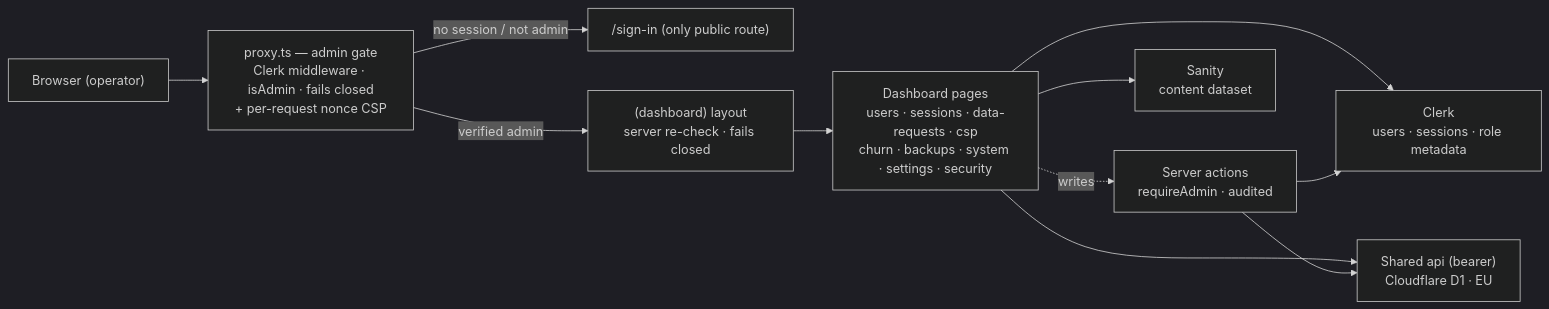
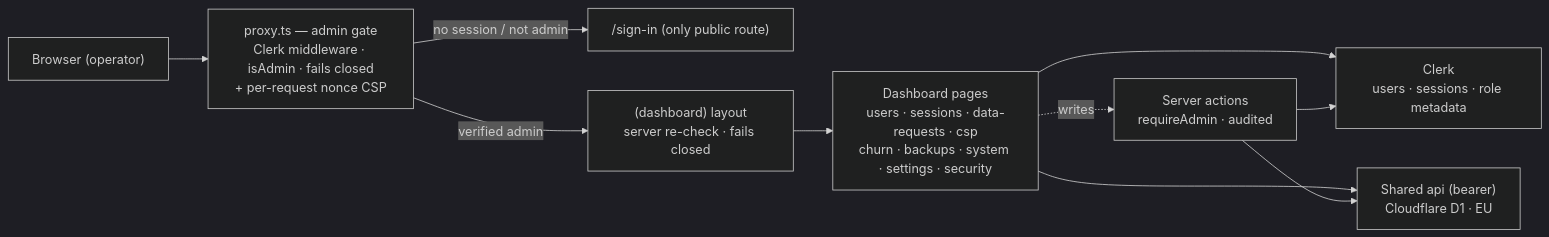
The diagram in code/docs/projects/web/admin/index.md (tibo-indiecrafts/indiecrafts-template), drawn with Mermaid (dark theme) before and after one commit. The commit also changed other lines of this file and 15 other files, not shown here.

````diff
--- a/code/docs/projects/web/admin/index.md
+++ b/code/docs/projects/web/admin/index.md
@@ -28,13 +28,12 @@
 ```mermaid
 flowchart LR
     B["Browser (operator)"] --> P["proxy.ts — admin gate<br/>Clerk middleware · isAdmin · fails closed<br/>+ per-request nonce CSP"]
     P -->|"no session / not admin"| SI["/sign-in (only public route)"]
     P -->|"verified admin"| L["(dashboard) layout<br/>server re-check · fails closed"]
     L --> PG["Dashboard pages<br/>users · sessions · data-requests · csp<br/>churn · backups · system · settings · security"]
     PG -.->|"writes"| ACT["Server actions<br/>requireAdmin · audited"]
     PG --> CK["Clerk<br/>users · sessions · role metadata"]
     PG --> API["Shared api (bearer)<br/>Cloudflare D1 · EU"]
-    PG --> SN["Sanity<br/>content dataset"]
     ACT --> CK
     ACT --> API
 ```
````
